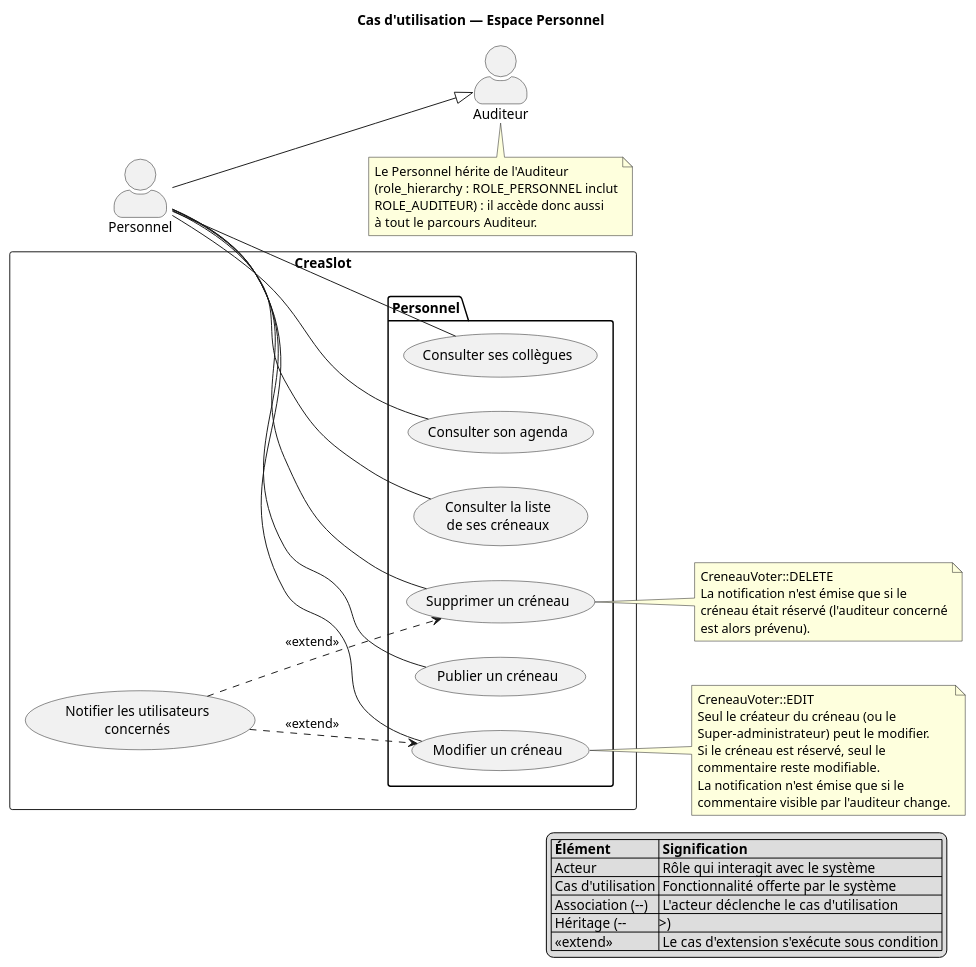
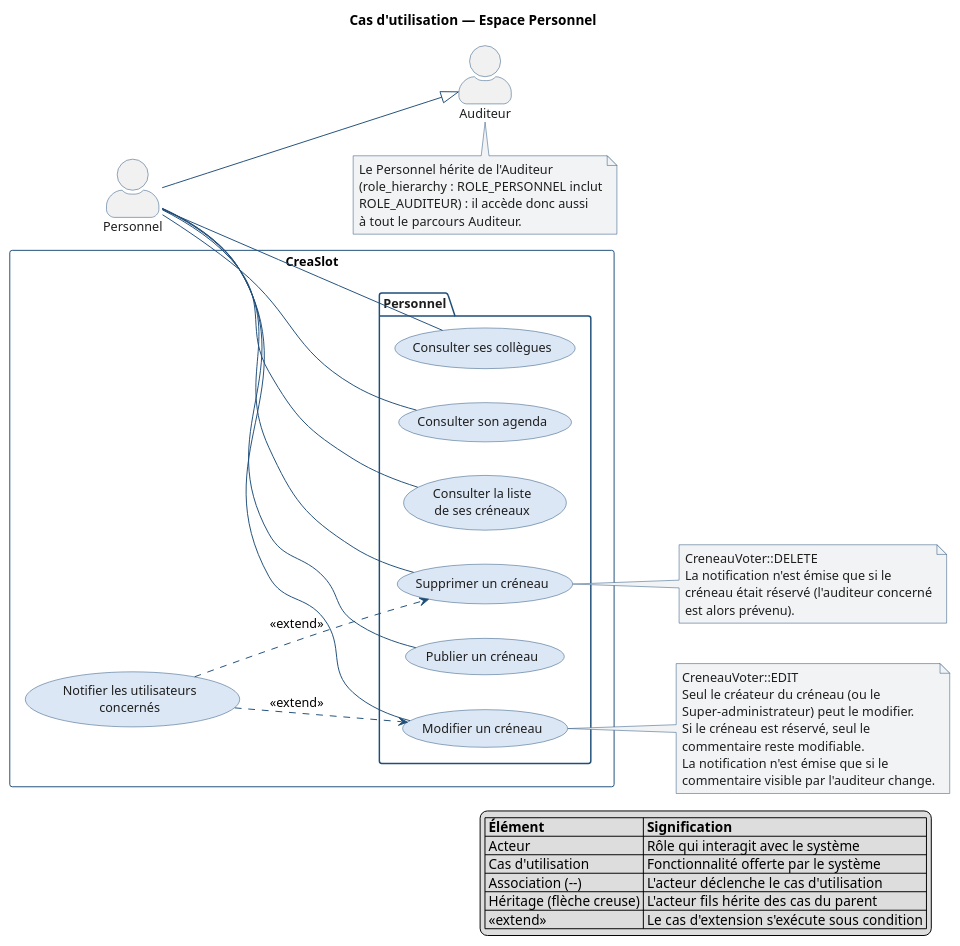
One commit to sgahovey/creaslot changed the diagram in docs/conception/diagrammes/cas-utilisation-3-personnel.puml. Above: the diagram before and after it, drawn with PlantUML. The commit also changed 11 other files, not shown here.

First line of the commit message:
docs(conception): harmoniser les diagrammes existants sur la charte

```diff
--- a/docs/conception/diagrammes/cas-utilisation-3-personnel.puml
+++ b/docs/conception/diagrammes/cas-utilisation-3-personnel.puml
@@ -1,97 +1,127 @@
 @startuml cas-utilisation-3-personnel
 ' =====================================================================
 ' CreaSlot — Cas d'utilisation 3/4 : espace Personnel
 '
 ' Fidele au code : routes protegees par #[IsGranted('ROLE_PERSONNEL')]
 ' au niveau des classes de src/Controller/Personnel/, completees par des
 ' autorisations contextuelles via CreneauVoter.
 '
 ' Heritage conforme a la role_hierarchy reelle
 ' (config/packages/security.yaml) :
 '     ROLE_PERSONNEL: [ROLE_AUDITEUR]
 ' Le Personnel HERITE de l'Auditeur : un membre du Personnel dispose aussi
 ' des droits Auditeur et peut donc reserver un creneau. Ce n'est pas une
 ' branche parallele, mais bien une chaine d'heritage.
 '
 ' Sources : CreneauController, CollegueController.
 ' Endpoints JSON techniques exclus (api_creneaux_personnel,
 ' api_creneaux_next_reserved : alimentation du calendrier FullCalendar).
 ' =====================================================================
 
 left to right direction
 skinparam shadowing false
 skinparam actorStyle awesome
+skinparam defaultFontName Helvetica
+skinparam defaultFontSize 13
+skinparam usecase {
+  BorderColor #1F4E79
+  BackgroundColor #DCE7F5
+  FontColor #1E1E1E
+}
+skinparam actor {
+  BorderColor #1F4E79
+  FontColor #1E1E1E
+}
+skinparam participant {
+  BorderColor #1F4E79
+  BackgroundColor #DCE7F5
+  FontColor #1E1E1E
+}
+skinparam sequence {
+  ArrowColor #1F4E79
+  LifeLineBorderColor #1F4E79
+  GroupBorderColor #1F4E79
+}
+skinparam package {
+  BorderColor #1F4E79
+  FontColor #1E1E1E
+}
+skinparam note {
+  BorderColor #1F4E79
+  BackgroundColor #F1F3F5
+  FontColor #1E1E1E
+}
 
 title Cas d'utilisation — Espace Personnel
 
 actor "Auditeur" as AUDITEUR
 actor "Personnel" as PERSONNEL
 
 PERSONNEL --|> AUDITEUR
 
 rectangle CreaSlot {
 
     package "Personnel" {
         usecase "Consulter son agenda"                as UC_AGENDA
         usecase "Consulter la liste\nde ses créneaux" as UC_CRENEAU_LISTE
         usecase "Publier un créneau"                  as UC_CRENEAU_NOUVEAU
         usecase "Modifier un créneau"                 as UC_CRENEAU_MODIFIER
         usecase "Supprimer un créneau"                as UC_CRENEAU_SUPPRIMER
         usecase "Consulter ses collègues"             as UC_COLLEGUES
     }
 
     usecase "Notifier les utilisateurs\nconcernés" as UC_NOTIFIER
 }
 
 ' Associations — Personnel (ROLE_PERSONNEL)
 PERSONNEL -- UC_AGENDA
 PERSONNEL -- UC_CRENEAU_LISTE
 PERSONNEL -- UC_CRENEAU_NOUVEAU
 PERSONNEL -- UC_CRENEAU_MODIFIER
 PERSONNEL -- UC_CRENEAU_SUPPRIMER
 PERSONNEL -- UC_COLLEGUES
 
 ' Extend — la notification est CONDITIONNELLE (relation <<extend>> : le cas
 ' d'extension pointe vers le cas de base).
 ' Suppression : notifierAuditeurSuppressionCreneau() declenchee UNIQUEMENT
 ' si le creneau etait reserve.
 UC_NOTIFIER ..> UC_CRENEAU_SUPPRIMER : <<extend>>
 
 ' Modification : notifierAuditeurCommentaireCreneau() declenchee UNIQUEMENT
 ' si le creneau est reserve ET que le commentaire visible par l'auditeur change.
 UC_NOTIFIER ..> UC_CRENEAU_MODIFIER : <<extend>>
 
 note right of UC_CRENEAU_MODIFIER
   CreneauVoter::EDIT
   Seul le créateur du créneau (ou le
   Super-administrateur) peut le modifier.
   Si le créneau est réservé, seul le
   commentaire reste modifiable.
   La notification n'est émise que si le
   commentaire visible par l'auditeur change.
 end note
 
 note right of UC_CRENEAU_SUPPRIMER
   CreneauVoter::DELETE
   La notification n'est émise que si le
   créneau était réservé (l'auditeur concerné
   est alors prévenu).
 end note
 
 note bottom of AUDITEUR
   Le Personnel hérite de l'Auditeur
   (role_hierarchy : ROLE_PERSONNEL inclut
   ROLE_AUDITEUR) : il accède donc aussi
   à tout le parcours Auditeur.
 end note
 
 legend right
   | **Élément** | **Signification** |
   | Acteur | Rôle qui interagit avec le système |
   | Cas d'utilisation | Fonctionnalité offerte par le système |
   | Association (--) | L'acteur déclenche le cas d'utilisation |
-  | Héritage (--|>) | L'acteur fils hérite des cas du parent |
+  | Héritage (flèche creuse) | L'acteur fils hérite des cas du parent |
   | <<extend>> | Le cas d'extension s'exécute sous condition |
 endlegend
 
 @enduml
```
